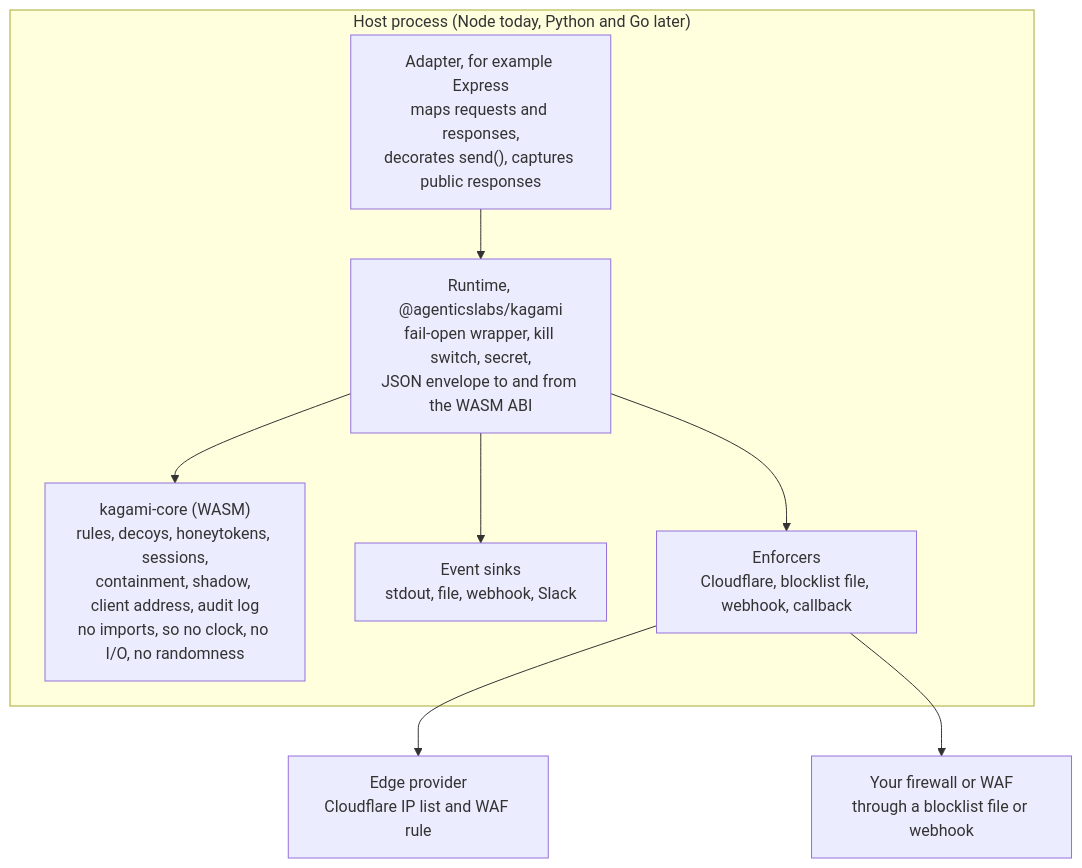
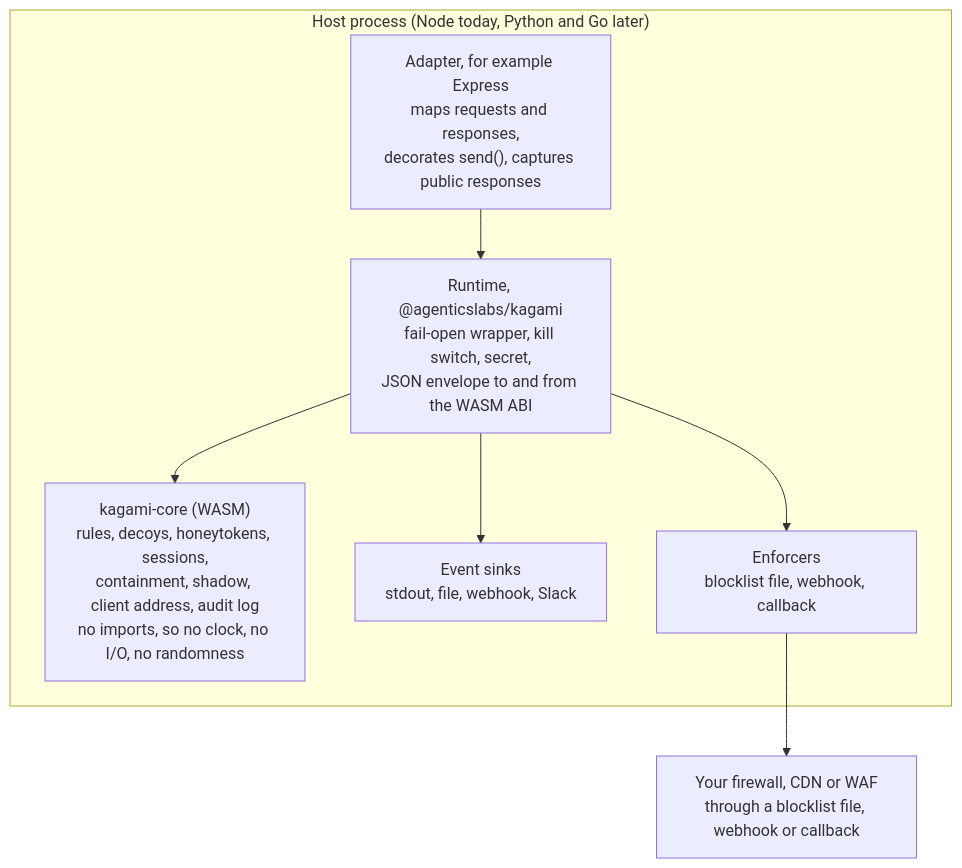
Before and after one commit to agenticslabs-xyz/lurensic: the diagram in docs/DESIGN.md, drawn with Mermaid. The commit also changed other lines of this file and 25 other files, not shown here.

````diff
--- a/docs/DESIGN.md
+++ b/docs/DESIGN.md
@@ -50,15 +50,14 @@
 ```mermaid
 flowchart TB
     subgraph host["Host process (Node today, Python and Go later)"]
         AD["Adapter, for example Express<br/>maps requests and responses,<br/>decorates send(), captures public responses"]
         RT["Runtime, @agenticslabs/kagami<br/>fail-open wrapper, kill switch, secret,<br/>JSON envelope to and from the WASM ABI"]
         CORE["kagami-core (WASM)<br/>rules, decoys, honeytokens, sessions,<br/>containment, shadow, client address, audit log<br/>no imports, so no clock, no I/O, no randomness"]
         SINKS["Event sinks<br/>stdout, file, webhook, Slack"]
-        ENF["Enforcers<br/>Cloudflare, blocklist file, webhook, callback"]
+        ENF["Enforcers<br/>blocklist file, webhook, callback"]
         AD --> RT --> CORE
         RT --> SINKS
         RT --> ENF
     end
-    ENF --> EDGE["Edge provider<br/>Cloudflare IP list and WAF rule"]
-    ENF --> FW["Your firewall or WAF<br/>through a blocklist file or webhook"]
+    ENF --> FW["Your firewall, CDN or WAF<br/>through a blocklist file, webhook or callback"]
 ```
````
